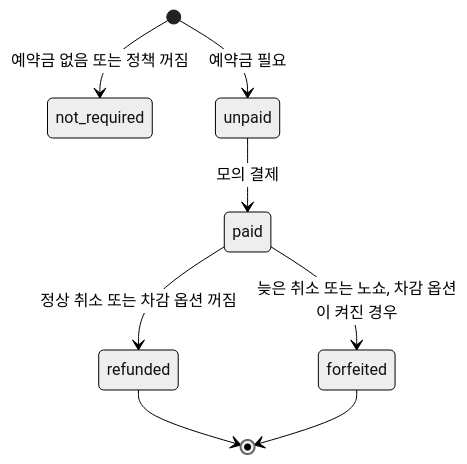
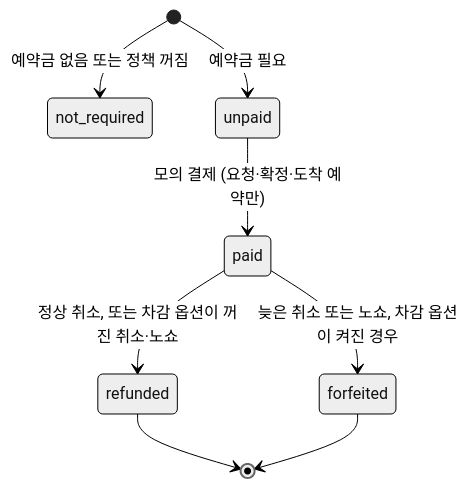
The third of 3 diagrams in BUSINESS_MODEL.md (yun9207-design/02-reservation-noshow-dashboard), drawn with Mermaid (neutral theme) before and after one commit. The commit also changed other lines of this file and 3 other files, not shown here.

````diff
--- a/BUSINESS_MODEL.md
+++ b/BUSINESS_MODEL.md
@@ -117,10 +117,10 @@
 ```mermaid
 stateDiagram-v2
     [*] --> not_required : 예약금 없음 또는 정책 꺼짐
     [*] --> unpaid : 예약금 필요
-    unpaid --> paid : 모의 결제
-    paid --> refunded : 정상 취소 또는 차감 옵션 꺼짐
+    unpaid --> paid : 모의 결제 (요청·확정·도착 예약만)
+    paid --> refunded : 정상 취소, 또는 차감 옵션이 꺼진 취소·노쇼
     paid --> forfeited : 늦은 취소 또는 노쇼, 차감 옵션이 켜진 경우
     refunded --> [*]
     forfeited --> [*]
 ```
````
